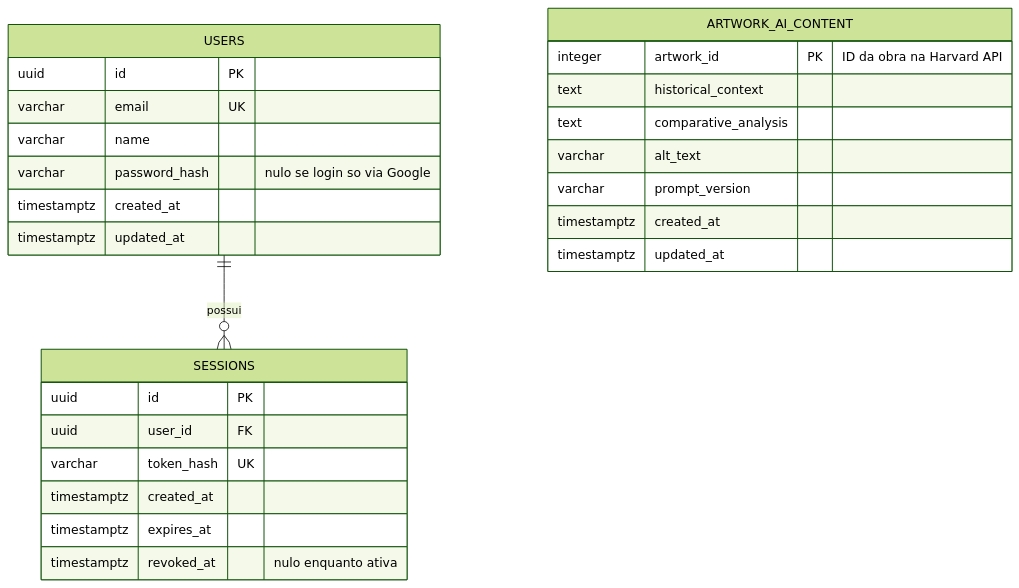
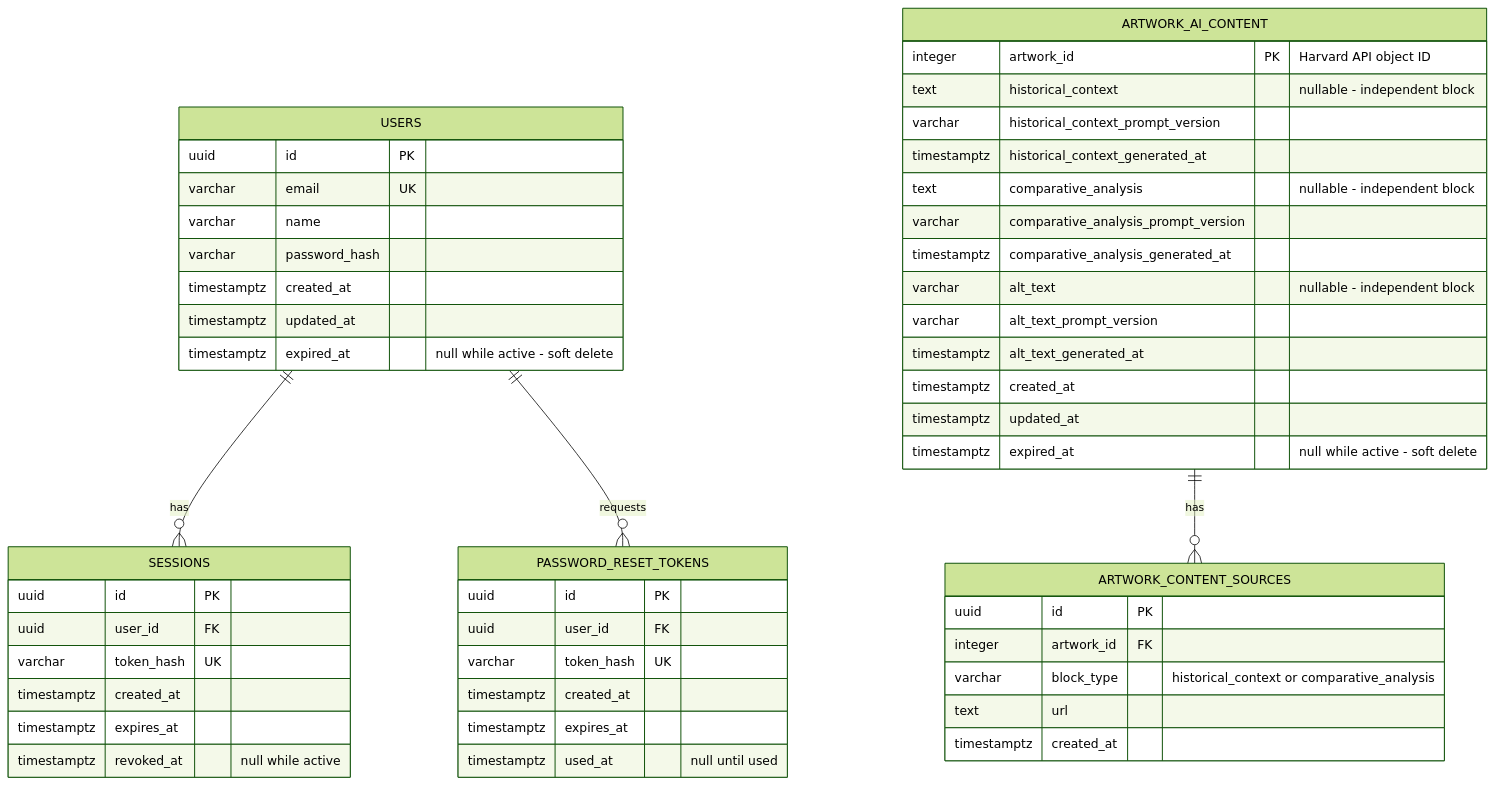
Before and after one commit to Jeferson-Filho/Art-Archive-Front-AI: the diagram in documentation/specs/05-database.md, drawn with Mermaid (forest theme). The commit also changed other lines of this file and 10 other files, not shown here.

````diff
--- a/documentation/specs/05-database.md
+++ b/documentation/specs/05-database.md
@@ -25,32 +32,58 @@
 ```mermaid
 erDiagram
-    USERS ||--o{ SESSIONS : possui
+    USERS ||--o{ SESSIONS : has
+    USERS ||--o{ PASSWORD_RESET_TOKENS : requests
+    ARTWORK_AI_CONTENT ||--o{ ARTWORK_CONTENT_SOURCES : has
 
     USERS {
         uuid id PK
         varchar email UK
         varchar name
-        varchar password_hash "nulo se login so via Google"
+        varchar password_hash
         timestamptz created_at
         timestamptz updated_at
+        timestamptz expired_at "null while active - soft delete"
     }
 
     SESSIONS {
         uuid id PK
         uuid user_id FK
         varchar token_hash UK
         timestamptz created_at
         timestamptz expires_at
-        timestamptz revoked_at "nulo enquanto ativa"
+        timestamptz revoked_at "null while active"
+    }
+
+    PASSWORD_RESET_TOKENS {
+        uuid id PK
+        uuid user_id FK
+        varchar token_hash UK
+        timestamptz created_at
+        timestamptz expires_at
+        timestamptz used_at "null until used"
     }
 
     ARTWORK_AI_CONTENT {
-        integer artwork_id PK "ID da obra na Harvard API"
-        text historical_context
-        text comparative_analysis
-        varchar alt_text
-        varchar prompt_version
+        integer artwork_id PK "Harvard API object ID"
+        text historical_context "nullable - independent block"
+        varchar historical_context_prompt_version
+        timestamptz historical_context_generated_at
+        text comparative_analysis "nullable - independent block"
+        varchar comparative_analysis_prompt_version
+        timestamptz comparative_analysis_generated_at
+        varchar alt_text "nullable - independent block"
+        varchar alt_text_prompt_version
+        timestamptz alt_text_generated_at
         timestamptz created_at
         timestamptz updated_at
+        timestamptz expired_at "null while active - soft delete"
+    }
+
+    ARTWORK_CONTENT_SOURCES {
+        uuid id PK
+        integer artwork_id FK
+        varchar block_type "historical_context or comparative_analysis"
+        text url
+        timestamptz created_at
     }
 ```
````
